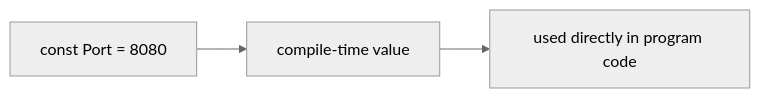
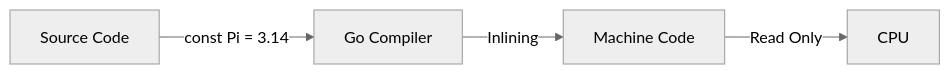
Before and after one commit to rasel9t6/the-go-engineer: the diagram in 02-language-basics/2-constants/README.md, drawn with Mermaid (neutral theme). The commit also changed other lines of this file and 36 other files, not shown here.

````diff
--- a/02-language-basics/2-constants/README.md
+++ b/02-language-basics/2-constants/README.md
@@ -24,5 +23,6 @@
 ```mermaid
 graph LR
-    A["const Port = 8080"] --> B["compile-time value"]
-    B --> C["used directly in program code"]
+    A["Source Code"] -- "const Pi = 3.14" --> B["Go Compiler"]
+    B -- "Inlining" --> C["Machine Code"]
+    C -- "Read Only" --> D["CPU"]
 ```
````
